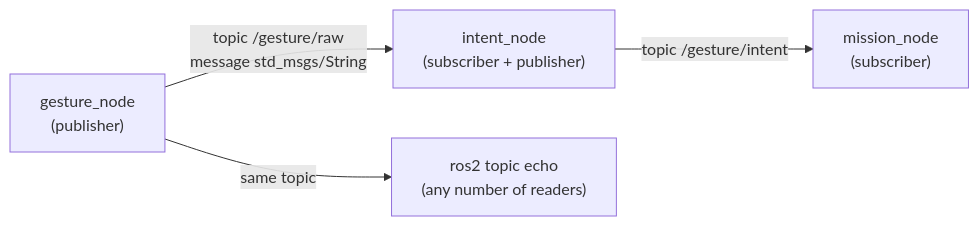
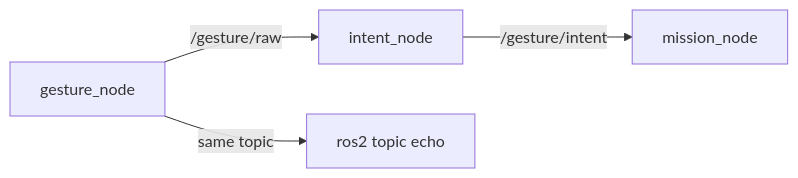
Before and after one commit to SEAME-pt/SEA-ME_Team1_ROSRangers: the diagram in docs/PraticalPlan/06 Gestures/01 ROS2 Nodes Installation.md, drawn with Mermaid. The commit also changed other lines of this file and 11 other files, not shown here.

````diff
--- a/docs/PraticalPlan/06 Gestures/01 ROS2 Nodes Installation.md
+++ b/docs/PraticalPlan/06 Gestures/01 ROS2 Nodes Installation.md
@@ -59,6 +31,6 @@
 ```mermaid
 flowchart LR
-  A["gesture_node<br/>(publisher)"] -->|"topic /gesture/raw<br/>message std_msgs/String"| B["intent_node<br/>(subscriber + publisher)"]
-  B -->|"topic /gesture/intent"| C["mission_node<br/>(subscriber)"]
-  A -->|same topic| D["ros2 topic echo<br/>(any number of readers)"]
+  A["gesture_node"] -->|"/gesture/raw"| B["intent_node"]
+  B -->|"/gesture/intent"| C["mission_node"]
+  A -->|same topic| D["ros2 topic echo"]
 ```
````
